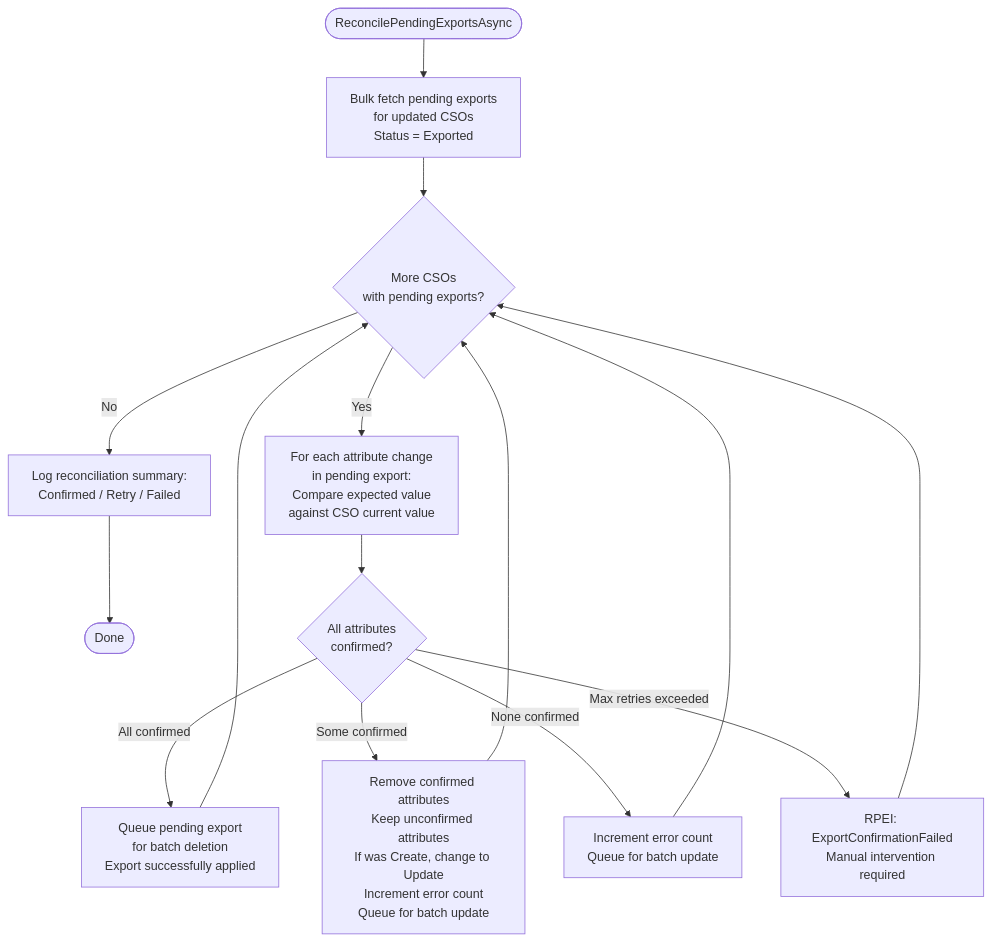
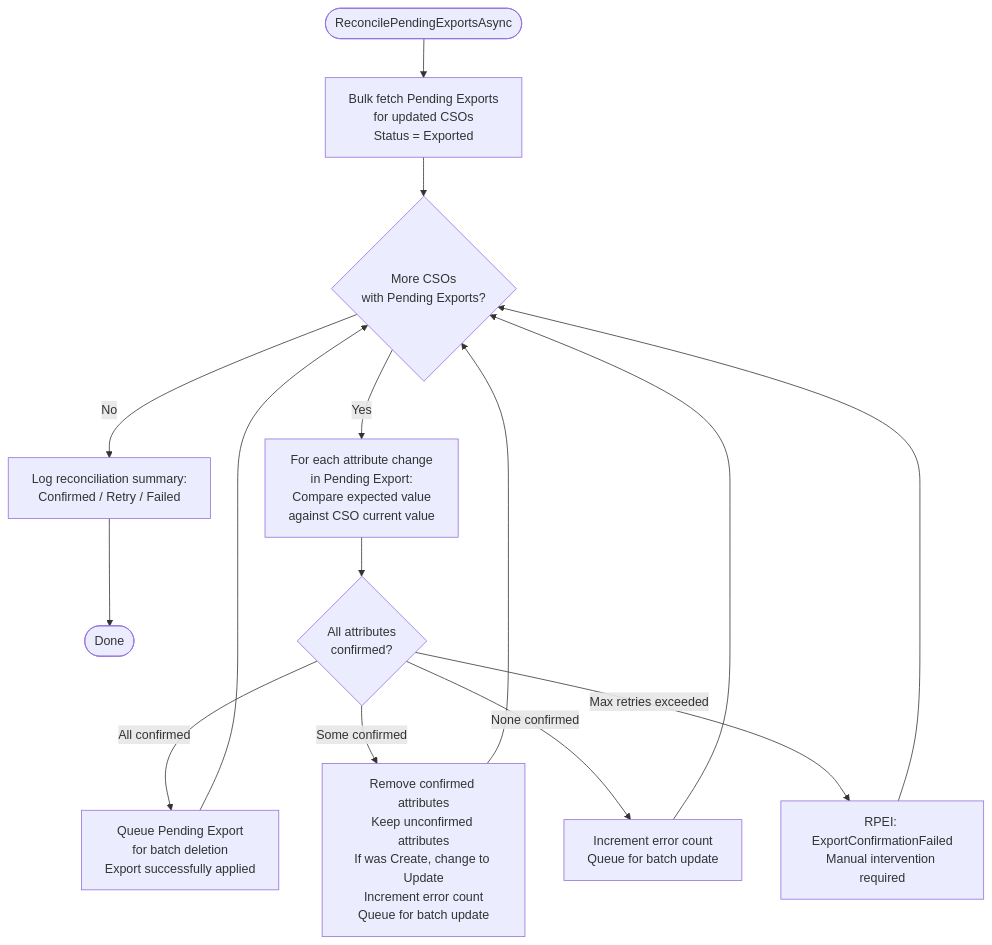
One commit to TetronIO/JIM changed the sixth of 6 diagrams in docs/developer/diagrams/FULL_IMPORT_FLOW.md. Above: the diagram before and after it, drawn with Mermaid. The commit also changed other lines of this file and 389 other files, not shown here.

First line of the commit message:
Tabbed Synchronisation Rule editor, Schema sub-tabs, and UI text polish (#853)

````diff
--- a/docs/developer/diagrams/FULL_IMPORT_FLOW.md
+++ b/docs/developer/diagrams/FULL_IMPORT_FLOW.md
@@ -199,20 +199,20 @@
 ```mermaid
 flowchart TD
-    Start([ReconcilePendingExportsAsync]) --> LoadPE[Bulk fetch pending exports<br/>for updated CSOs<br/>Status = Exported]
-    LoadPE --> Loop{More CSOs<br/>with pending exports?}
+    Start([ReconcilePendingExportsAsync]) --> LoadPE[Bulk fetch Pending Exports<br/>for updated CSOs<br/>Status = Exported]
+    LoadPE --> Loop{More CSOs<br/>with Pending Exports?}
     Loop -->|No| Summary[Log reconciliation summary:<br/>Confirmed / Retry / Failed]
     Summary --> Done([Done])
 
-    Loop -->|Yes| Compare[For each attribute change<br/>in pending export:<br/>Compare expected value<br/>against CSO current value]
+    Loop -->|Yes| Compare[For each attribute change<br/>in Pending Export:<br/>Compare expected value<br/>against CSO current value]
     Compare --> Result{All attributes<br/>confirmed?}
 
-    Result -->|All confirmed| Delete[Queue pending export<br/>for batch deletion<br/>Export successfully applied]
+    Result -->|All confirmed| Delete[Queue Pending Export<br/>for batch deletion<br/>Export successfully applied]
     Result -->|Some confirmed| Partial[Remove confirmed attributes<br/>Keep unconfirmed attributes<br/>If was Create, change to Update<br/>Increment error count<br/>Queue for batch update]
     Result -->|None confirmed| AllFailed[Increment error count<br/>Queue for batch update]
     Result -->|Max retries exceeded| PermanentFail[RPEI: ExportConfirmationFailed<br/>Manual intervention required]
 
     Delete --> Loop
     Partial --> Loop
     AllFailed --> Loop
     PermanentFail --> Loop
 ```
````
